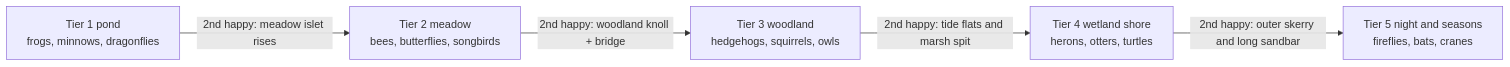
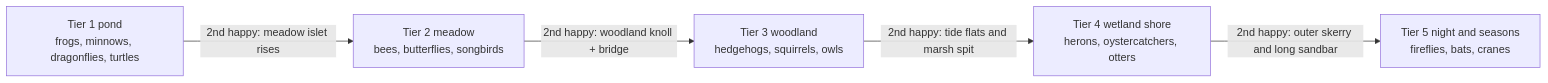
Before and after one commit to mshomper/ebb: the diagram in docs/12-creature-roadmap.md, drawn with Mermaid. The commit also changed other lines of this file and 8 other files, not shown here.

First line of the commit message:
Turtles join the pond tier; the meadow islet in play

````diff
--- a/docs/12-creature-roadmap.md
+++ b/docs/12-creature-roadmap.md
@@ -19,7 +19,7 @@
 ```mermaid
 flowchart LR
-  T1[Tier 1 pond<br/>frogs, minnows, dragonflies] -->|2nd happy: meadow islet rises| T2[Tier 2 meadow<br/>bees, butterflies, songbirds]
+  T1[Tier 1 pond<br/>frogs, minnows, dragonflies, turtles] -->|2nd happy: meadow islet rises| T2[Tier 2 meadow<br/>bees, butterflies, songbirds]
   T2 -->|2nd happy: woodland knoll + bridge| T3[Tier 3 woodland<br/>hedgehogs, squirrels, owls]
-  T3 -->|2nd happy: tide flats and marsh spit| T4[Tier 4 wetland shore<br/>herons, otters, turtles]
+  T3 -->|2nd happy: tide flats and marsh spit| T4[Tier 4 wetland shore<br/>herons, oystercatchers, otters]
   T4 -->|2nd happy: outer skerry and long sandbar| T5[Tier 5 night and seasons<br/>fireflies, bats, cranes]
 ```
````
